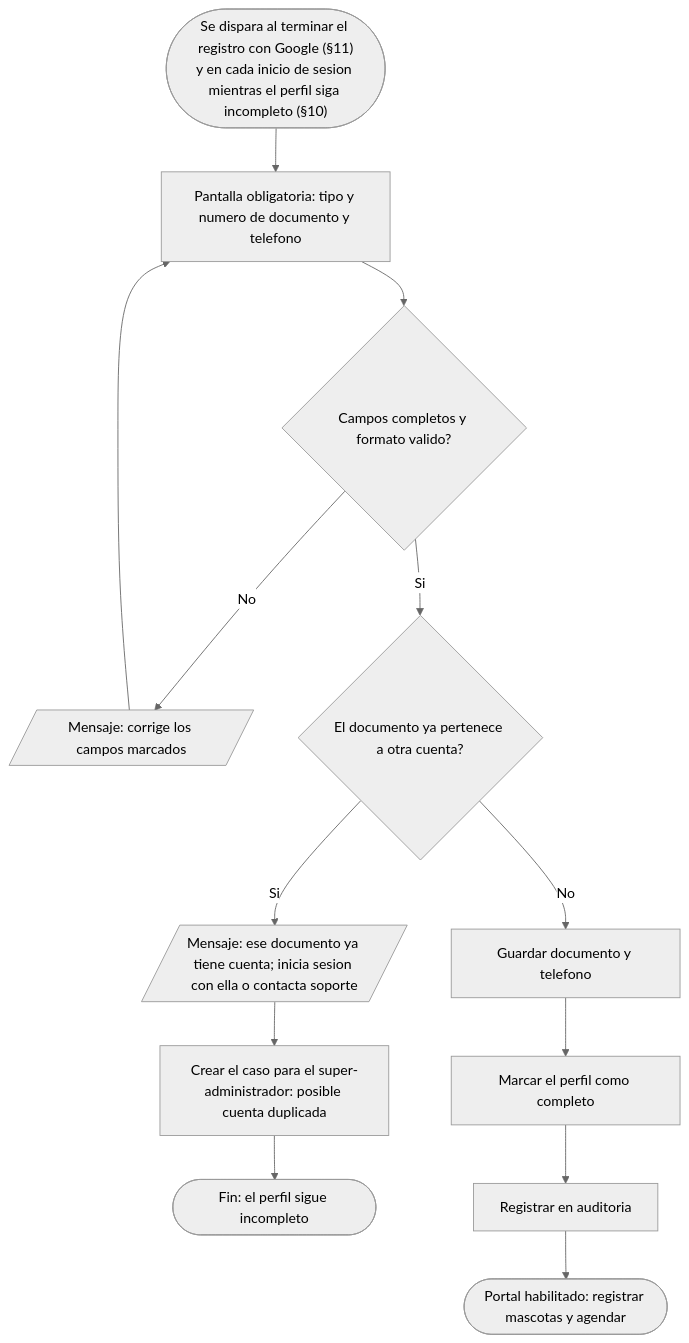
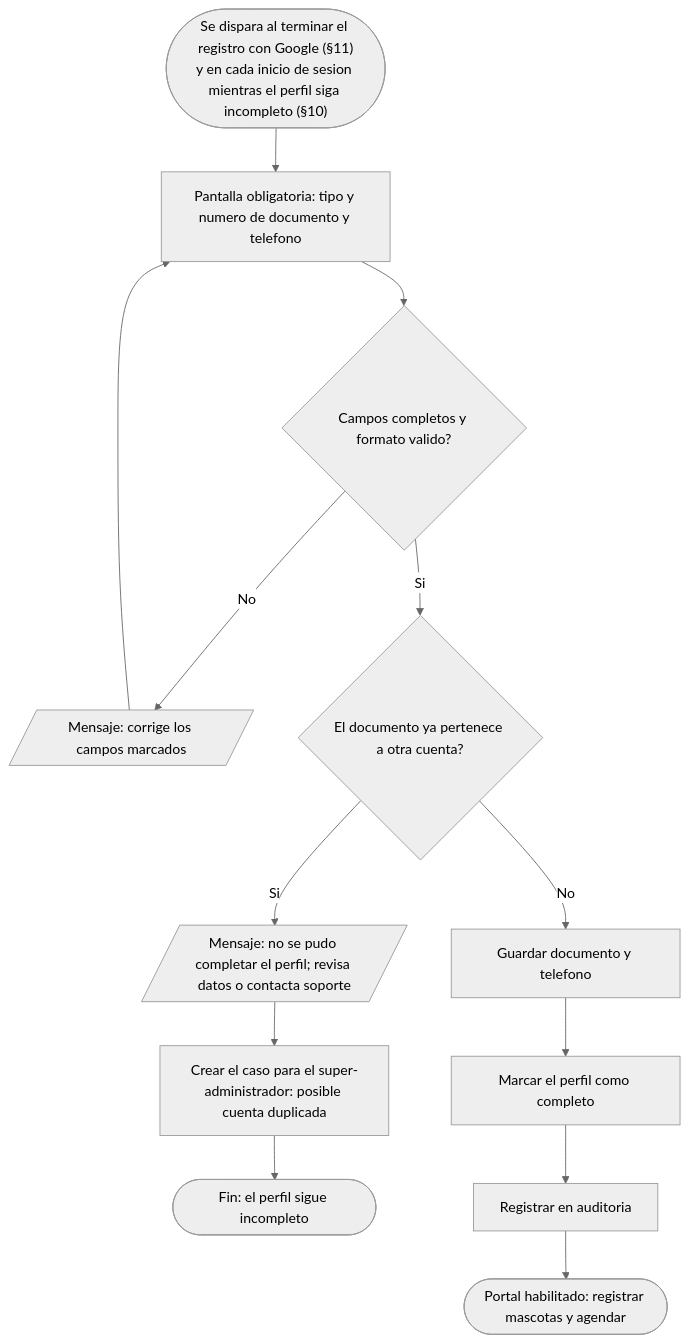
One commit to carvajal7lsch-commits/Zooki changed diagram 20 of 23 in documentacion/Modelos.md. Above: the diagram before and after it, drawn with Mermaid (neutral theme). The commit also changed other lines of this file and 53 other files, not shown here.

````diff
--- a/documentacion/Modelos.md
+++ b/documentacion/Modelos.md
@@ -796,15 +799,15 @@
 ```mermaid
 flowchart TD
   A(["Se dispara al terminar el registro con Google (§11)<br/>y en cada inicio de sesion mientras el perfil siga incompleto (§10)"]) --> B["Pantalla obligatoria: tipo y numero de documento y telefono"]
   B --> C{Campos completos y formato valido?}
   C -- No --> C1[/"Mensaje: corrige los campos marcados"/]
   C1 --> B
   C -- Si --> D{El documento ya pertenece a otra cuenta?}
-  D -- Si --> D1[/"Mensaje: ese documento ya tiene cuenta; inicia sesion con ella o contacta soporte"/]
+  D -- Si --> D1[/"Mensaje: no se pudo completar el perfil; revisa datos o contacta soporte"/]
   D1 --> D2[Crear el caso para el super-administrador: posible cuenta duplicada]
   D2 --> ZF([Fin: el perfil sigue incompleto])
   D -- No --> E[Guardar documento y telefono]
   E --> F[Marcar el perfil como completo]
   F --> G[Registrar en auditoria]
   G --> H([Portal habilitado: registrar mascotas y agendar])
 ```
````
